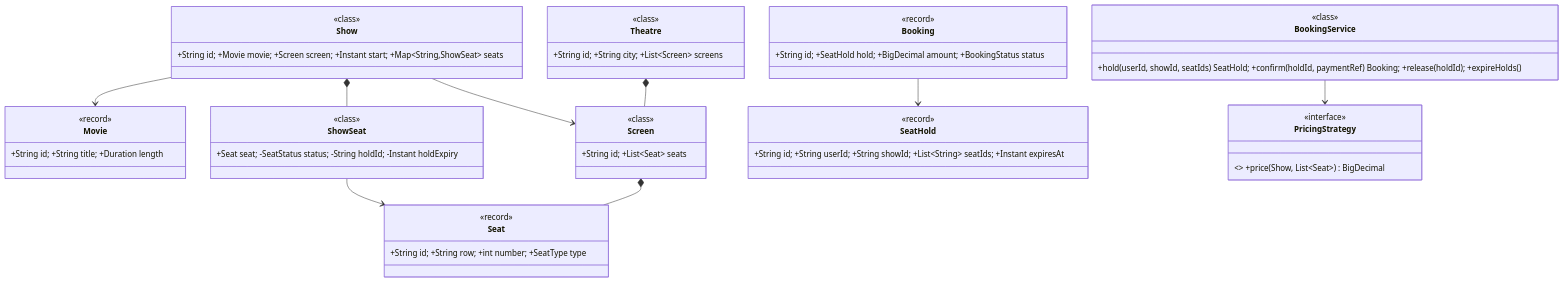
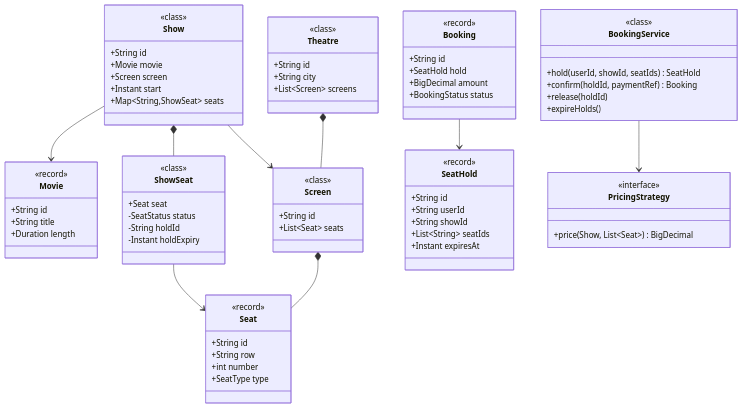
The first of 2 diagrams in system-design/lld/25-movie-ticket-booking.md (amarkum/amarkumar.guru), drawn with Mermaid before and after one commit. The commit also changed other lines of this file and 27 other files, not shown here.

````diff
--- a/system-design/lld/25-movie-ticket-booking.md
+++ b/system-design/lld/25-movie-ticket-booking.md
@@ -38,15 +38,61 @@
 ```mermaid
 classDiagram
-    class Movie { +String id; +String title; +Duration length }
-    class Theatre { +String id; +String city; +List~Screen~ screens }
-    class Screen { +String id; +List~Seat~ seats }
-    class Seat { +String id; +String row; +int number; +SeatType type }
-    class Show { +String id; +Movie movie; +Screen screen; +Instant start; +Map~String,ShowSeat~ seats }
-    class ShowSeat { +Seat seat; -SeatStatus status; -String holdId; -Instant holdExpiry }
-    class SeatHold { +String id; +String userId; +String showId; +List~String~ seatIds; +Instant expiresAt }
-    class Booking { +String id; +SeatHold hold; +BigDecimal amount; +BookingStatus status }
-    class PricingStrategy { <<interface>> +price(Show, List~Seat~) BigDecimal }
-    class BookingService { +hold(userId, showId, seatIds) SeatHold; +confirm(holdId, paymentRef) Booking; +release(holdId); +expireHolds() }
+    class Movie {
+      +String id
+      +String title
+      +Duration length
+    }
+    class Theatre {
+      +String id
+      +String city
+      +List~Screen~ screens
+    }
+    class Screen {
+      +String id
+      +List~Seat~ seats
+    }
+    class Seat {
+      +String id
+      +String row
+      +int number
+      +SeatType type
+    }
+    class Show {
+      +String id
+      +Movie movie
+      +Screen screen
+      +Instant start
+      +Map~String,ShowSeat~ seats
+    }
+    class ShowSeat {
+      +Seat seat
+      -SeatStatus status
+      -String holdId
+      -Instant holdExpiry
+    }
+    class SeatHold {
+      +String id
+      +String userId
+      +String showId
+      +List~String~ seatIds
+      +Instant expiresAt
+    }
+    class Booking {
+      +String id
+      +SeatHold hold
+      +BigDecimal amount
+      +BookingStatus status
+    }
+    class PricingStrategy {
+      <<interface>>
+      +price(Show, List~Seat~) BigDecimal
+    }
+    class BookingService {
+      +hold(userId, showId, seatIds) SeatHold
+      +confirm(holdId, paymentRef) Booking
+      +release(holdId)
+      +expireHolds()
+    }
     Theatre *-- Screen
     Screen *-- Seat
     Show --> Movie
````
